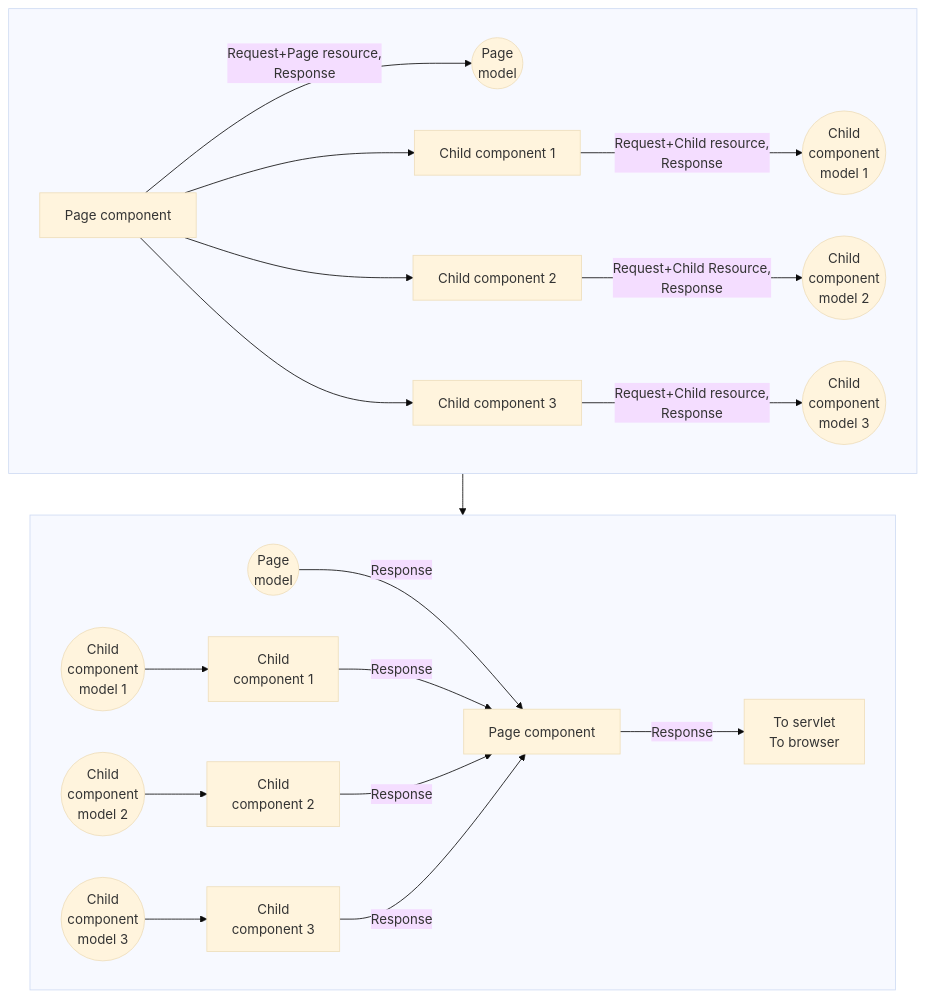
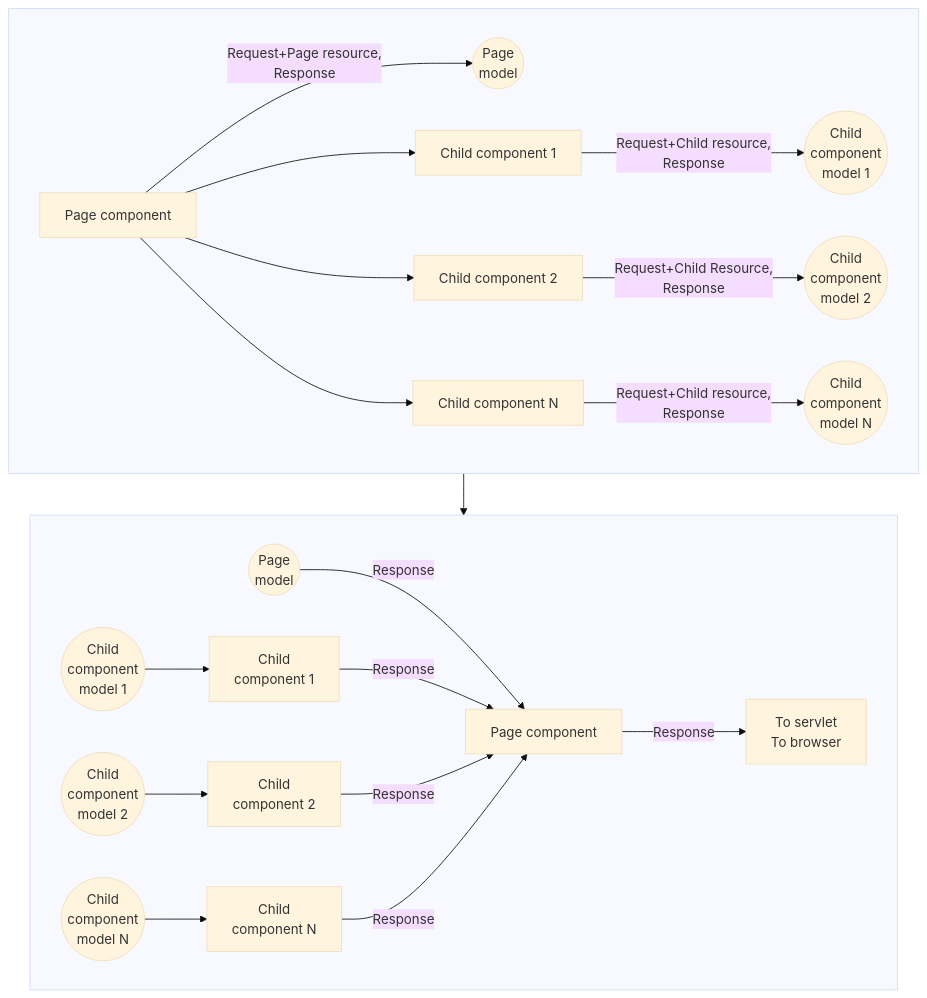
Before and after one commit to smiakchilo/aem-crash-course: the fourth of 4 diagrams in lessons/2.7/part1.md, drawn with Mermaid (base theme). The commit also changed other lines of this file, not shown here.

````diff
--- a/lessons/2.7/part1.md
+++ b/lessons/2.7/part1.md
@@ -150,21 +150,21 @@
 ```mermaid
 flowchart TD
     subgraph s1[" "]
         direction LR
         G[Page component]
         G-->|Request+Page resource,<br>Response|G1((Page<br>model))
         G-->H[Child component 1]-->|Request+Child resource,<br>Response|H1((Child<br>component<br>model 1))
         G-->I[Child component 2]-->|Request+Child Resource,<br>Response|I1((Child<br>component<br>model 2))
-        G-->J[Child component 3]-->|Request+Child resource,<br>Response|J1((Child<br>component<br>model 3))
+        G-->J[Child component N]-->|Request+Child resource,<br>Response|J1((Child<br>component<br>model N))
     end
     subgraph s2[" "]
         direction LR
         P[Page component]
         K((Page<br>model))-->|Response|P
         L((Child<br>component<br>model 1))-->L1[Child<br>component 1]-->|Response|P
         M((Child<br>component<br>model 2))-->M1[Child<br>component 2]-->|Response|P
-        N((Child<br>component<br>model 3))-->N1[Child<br>component 3]-->|Response|P
+        N((Child<br>component<br>model N))-->N1[Child<br>component N]-->|Response|P
         P-->|Response|Q[To servlet<br>To browser]
     end
     s1-->s2
 ```
````
